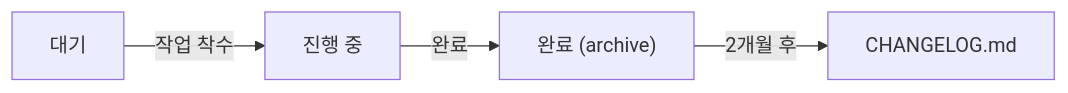
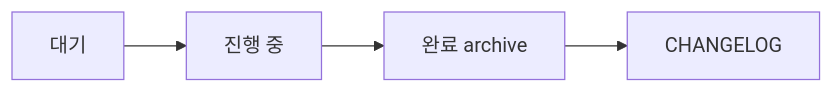
One commit to storkspear/spring-backend-template-docs-viewer changed the diagram in docs/conventions/git-workflow.md. Above: the diagram before and after it, drawn with Mermaid. The commit also changed 2 other files, not shown here.

Commit message:
fix: mermaid diagram polish - remove edge labels from git-workflow diagram (clean layout) - fix SVG clipping via overflow visible + viewBox padding - left-align diagrams

````diff
--- a/docs/conventions/git-workflow.md
+++ b/docs/conventions/git-workflow.md
@@ -200,6 +200,4 @@
 ```mermaid
 flowchart LR
-  A["대기"] -->|"작업 착수"| B["진행 중"]
-  B -->|"완료"| C["완료 (archive)"]
-  C -->|"2개월 후"| D["CHANGELOG.md"]
+  A[대기] --> B[진행 중] --> C[완료 archive] --> D[CHANGELOG]
 ```
````
